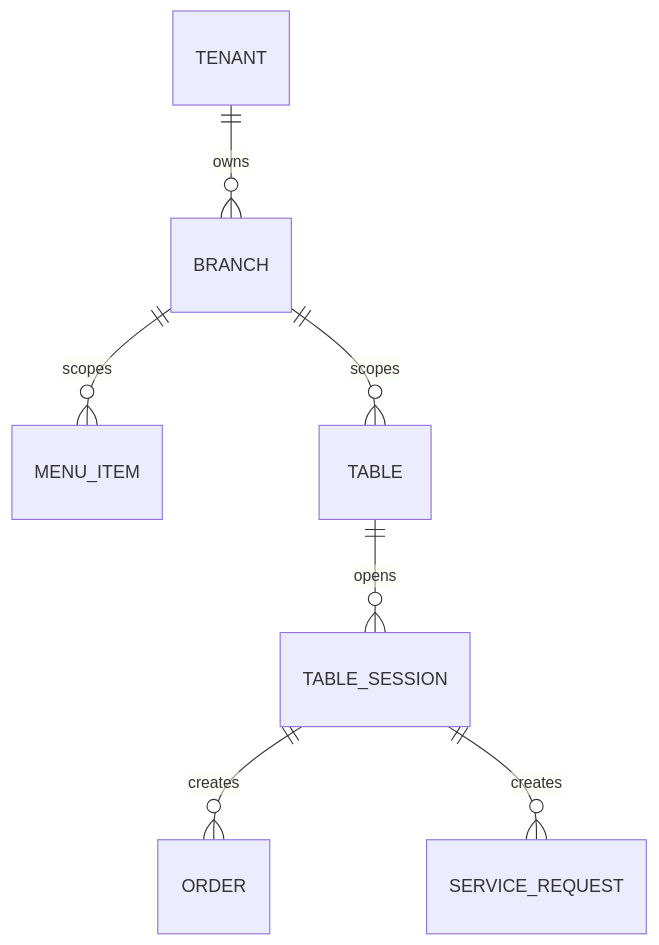
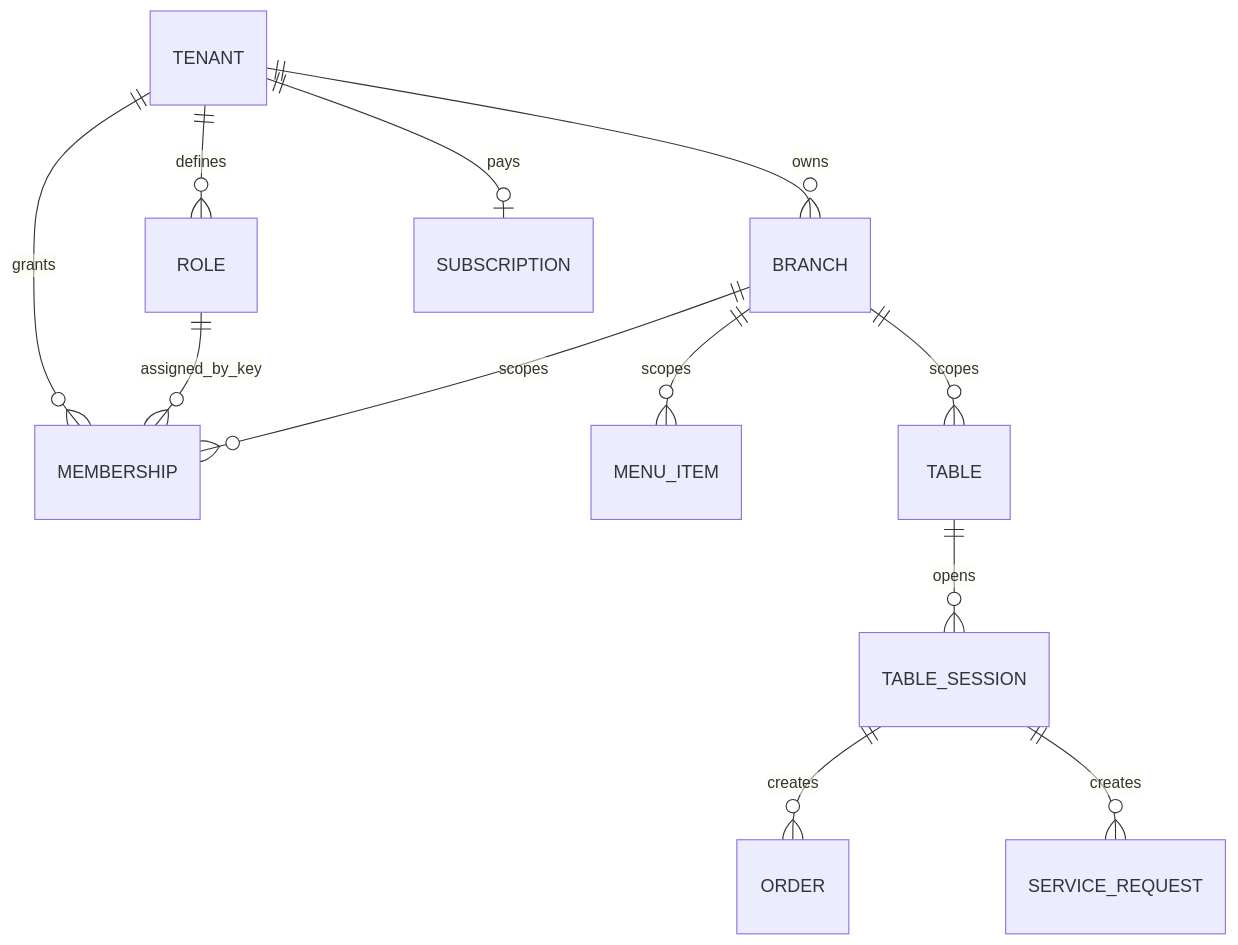
One commit to abhishekmishra0409/Servora changed the diagram in docs/data-model.mmd. Above: the diagram before and after it, drawn with Mermaid. The commit also changed other lines of this file and 10 other files, not shown here.

```diff
--- a/docs/data-model.mmd
+++ b/docs/data-model.mmd
@@ -1,7 +1,12 @@
 erDiagram
   TENANT ||--o{ BRANCH : owns
+  TENANT ||--o{ MEMBERSHIP : grants
+  TENANT ||--o{ ROLE : defines
+  TENANT ||--o| SUBSCRIPTION : pays
+  ROLE ||--o{ MEMBERSHIP : assigned_by_key
+  BRANCH ||--o{ MEMBERSHIP : scopes
   BRANCH ||--o{ MENU_ITEM : scopes
   BRANCH ||--o{ TABLE : scopes
   TABLE ||--o{ TABLE_SESSION : opens
   TABLE_SESSION ||--o{ ORDER : creates
   TABLE_SESSION ||--o{ SERVICE_REQUEST : creates
```
